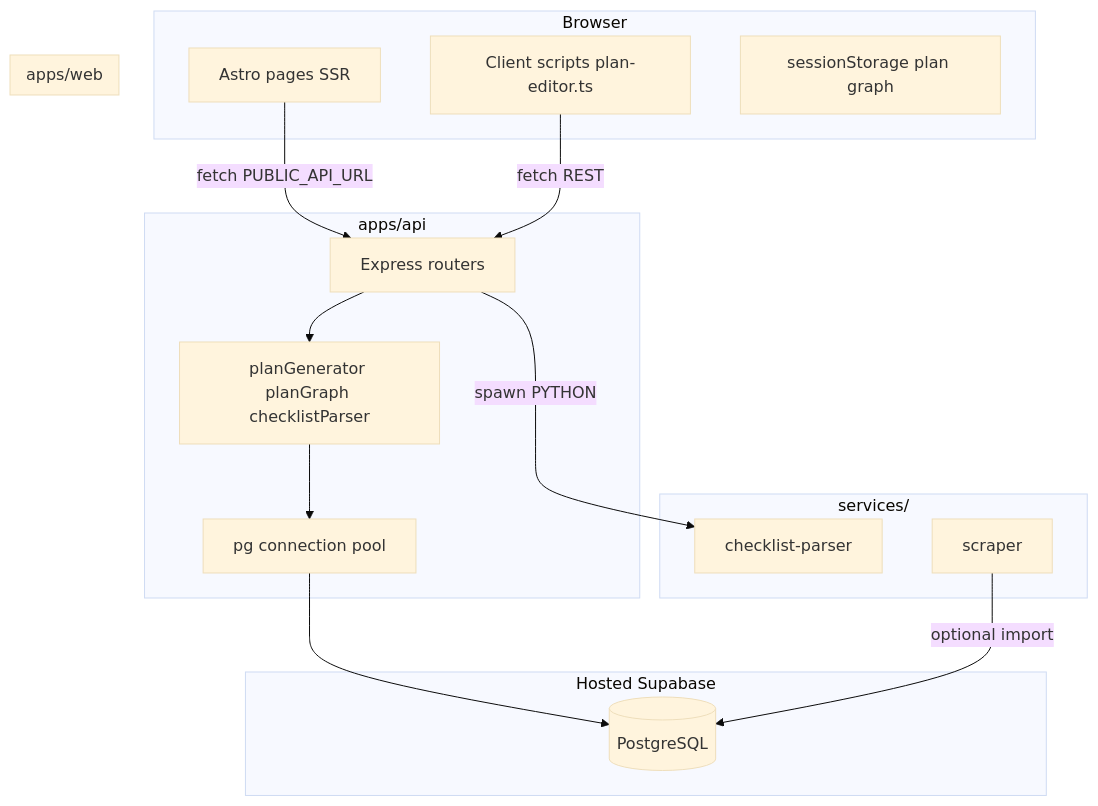
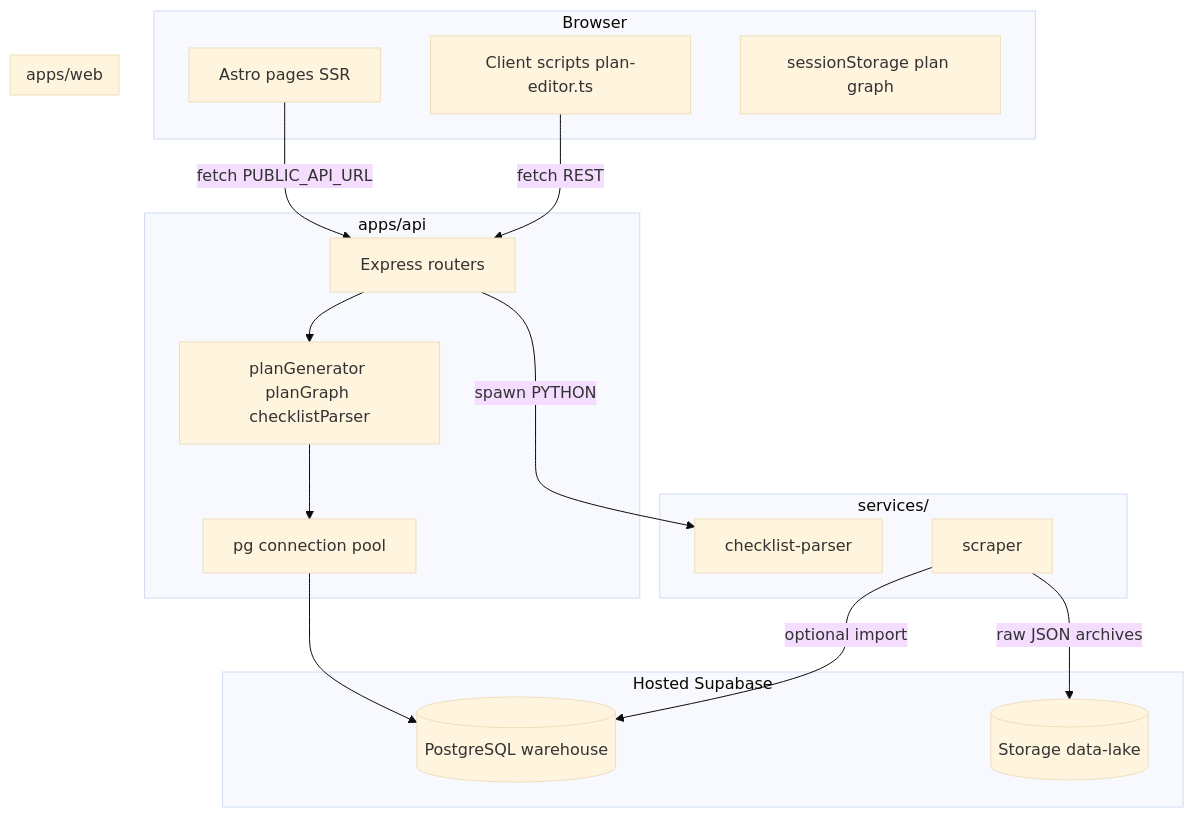
The diagram in docs/architecture.md (SamiulH25/YorkLanes), drawn with Mermaid (base theme) before and after one commit. The commit also changed 26 other files, not shown here.

First line of the commit message:
Fix CDM schedule scraping and add data lake plus plan season warnings.

````diff
--- a/docs/architecture.md
+++ b/docs/architecture.md
@@ -7,37 +7,39 @@
 ```mermaid
 flowchart TB
   subgraph browser [Browser]
     AstroPages[Astro pages SSR]
     ClientJS[Client scripts plan-editor.ts]
     SessionStore[sessionStorage plan graph]
   end
 
   subgraph web [apps/web]
     AstroPages
     ClientJS
     SessionStore
   end
 
   subgraph api [apps/api]
     Express[Express routers]
     Services[planGenerator planGraph checklistParser]
     PG[pg connection pool]
   end
 
   subgraph python [services/]
     Parser[checklist-parser]
     Scraper[scraper]
   end
 
   subgraph data [Hosted Supabase]
-    Postgres[(PostgreSQL)]
+    Postgres[(PostgreSQL warehouse)]
+    Storage[(Storage data-lake)]
   end
 
   AstroPages -->|fetch PUBLIC_API_URL| Express
   ClientJS -->|fetch REST| Express
   Express --> Services
   Services --> PG
   PG --> Postgres
   Express -->|spawn PYTHON| Parser
   Scraper -->|optional import| Postgres
+  Scraper -->|raw JSON archives| Storage
 ```
````
